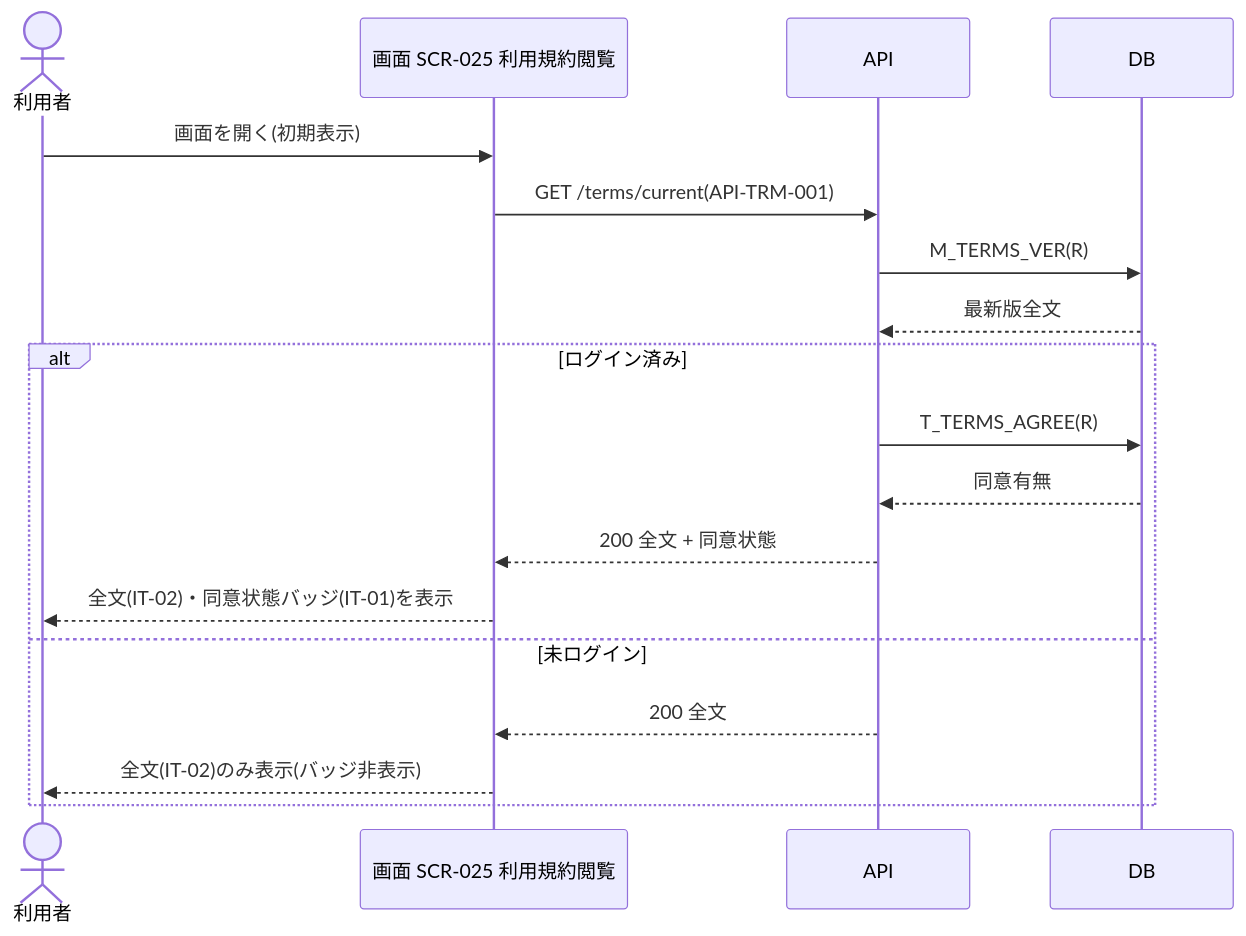
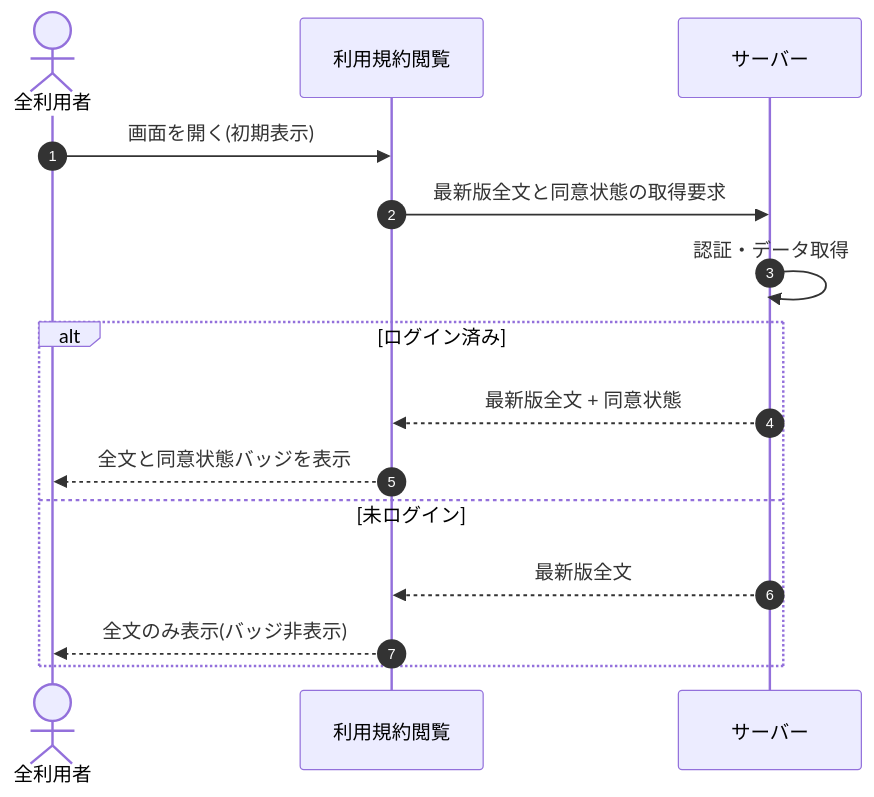
The diagram in 02_basic_design/05_sequences/SEQ-052.md (sikakou54/open-faq), drawn with Mermaid before and after one commit. The commit also changed other lines of this file and 108 other files, not shown here.

First line of the commit message:
基本設計: シーケンス図を基本設計粒度(ユーザー/画面/サーバー)へ再編成

````diff
--- a/02_basic_design/05_sequences/SEQ-052.md
+++ b/02_basic_design/05_sequences/SEQ-052.md
@@ -25,20 +32,17 @@
 ```mermaid
 sequenceDiagram
-  actor U as 利用者
-  participant S as 画面 SCR-025 利用規約閲覧
-  participant API as API
-  participant DB as DB
-  U->>S: 画面を開く(初期表示)
-  S->>API: GET /terms/current(API-TRM-001)
-  API->>DB: M_TERMS_VER(R)
-  DB-->>API: 最新版全文
+  autonumber
+  actor U as 全利用者
+  participant Screen as 利用規約閲覧
+  participant Server as サーバー
+  U->>Screen: 画面を開く(初期表示)
+  Screen->>Server: 最新版全文と同意状態の取得要求
+  Server->>Server: 認証・データ取得
   alt ログイン済み
-    API->>DB: T_TERMS_AGREE(R)
-    DB-->>API: 同意有無
-    API-->>S: 200 全文 + 同意状態
-    S-->>U: 全文(IT-02)・同意状態バッジ(IT-01)を表示
+    Server-->>Screen: 最新版全文 + 同意状態
+    Screen-->>U: 全文と同意状態バッジを表示
   else 未ログイン
-    API-->>S: 200 全文
-    S-->>U: 全文(IT-02)のみ表示(バッジ非表示)
+    Server-->>Screen: 最新版全文
+    Screen-->>U: 全文のみ表示(バッジ非表示)
   end
 ```
````
